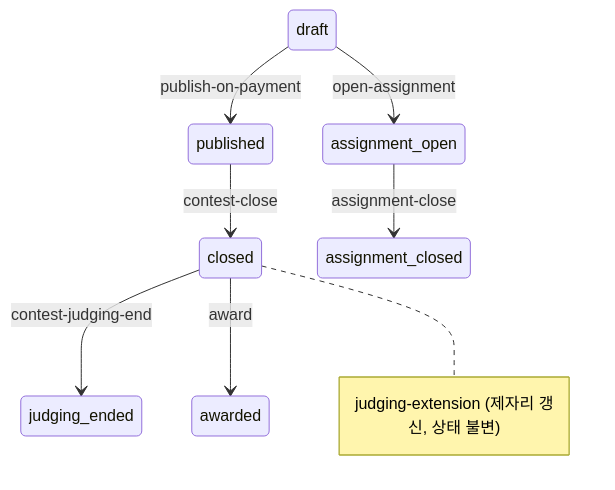
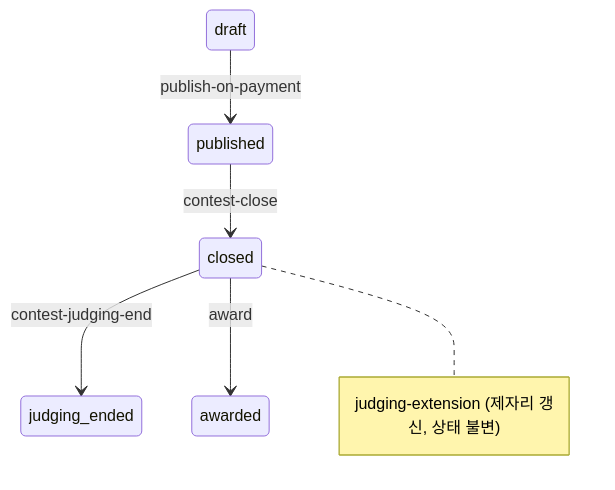
The diagram in docs/features/backend.md (sandcorporation/laurio), drawn with Mermaid before and after one commit. The commit also changed other lines of this file and 202 other files, not shown here.

````diff
--- a/docs/features/backend.md
+++ b/docs/features/backend.md
@@ -325,10 +317,8 @@
 ```mermaid
 stateDiagram-v2
     published --> closed : contest-close
     closed --> judging_ended : contest-judging-end
-    assignment_open --> assignment_closed : assignment-close
     draft --> published : publish-on-payment
     closed --> awarded : award
-    draft --> assignment_open : open-assignment
     note right of closed : judging-extension (제자리 갱신, 상태 불변)
 ```
````
